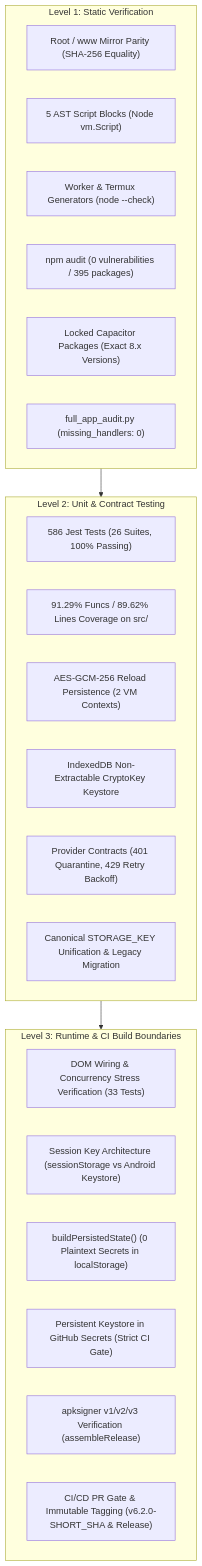
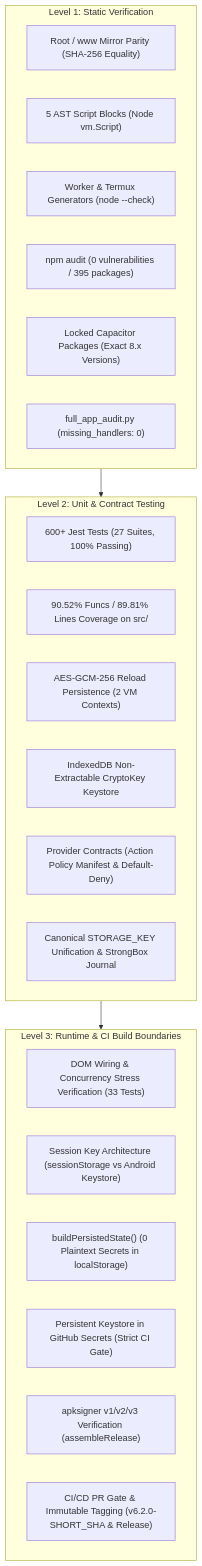
One commit to dicardotr46-max/EG-Nexus-OS changed the first of 2 diagrams in AUDIT_REPORT.md. Above: the diagram before and after it, drawn with Mermaid. The commit also changed other lines of this file and 23 other files, not shown here.

Commit message:
feat(release): v6.2.2 - Action Policy Manifest, StrongBox Crash-Safe Journal, Termux Daemon Validator & OWASP 2026 Traceability

````diff
--- a/AUDIT_REPORT.md
+++ b/AUDIT_REPORT.md
@@ -21,32 +21,32 @@
 ```mermaid
 flowchart TD
     subgraph LEVEL_1["Level 1: Static Verification"]
         PARITY["Root / www Mirror Parity (SHA-256 Equality)"]
         AST["5 AST Script Blocks (Node vm.Script)"]
         TMPL["Worker & Termux Generators (node --check)"]
         NPM["npm audit (0 vulnerabilities / 395 packages)"]
         PINS["Locked Capacitor Packages (Exact 8.x Versions)"]
         PARSER["full_app_audit.py (missing_handlers: 0)"]
     end
 
     subgraph LEVEL_2["Level 2: Unit & Contract Testing"]
-        JEST["586 Jest Tests (26 Suites, 100% Passing)"]
-        COV["91.29% Funcs / 89.62% Lines Coverage on src/"]
+        JEST["600+ Jest Tests (27 Suites, 100% Passing)"]
+        COV["90.52% Funcs / 89.81% Lines Coverage on src/"]
         RELOAD["AES-GCM-256 Reload Persistence (2 VM Contexts)"]
         IDB_KEY["IndexedDB Non-Extractable CryptoKey Keystore"]
-        PROVIDER["Provider Contracts (401 Quarantine, 429 Retry Backoff)"]
-        STORAGE_UNIF["Canonical STORAGE_KEY Unification & Legacy Migration"]
+        PROVIDER["Provider Contracts (Action Policy Manifest & Default-Deny)"]
+        STORAGE_UNIF["Canonical STORAGE_KEY Unification & StrongBox Journal"]
     end
 
     subgraph LEVEL_3["Level 3: Runtime & CI Build Boundaries"]
         DOM_WIRING["DOM Wiring & Concurrency Stress Verification (33 Tests)"]
         SESSION["Session Key Architecture (sessionStorage vs Android Keystore)"]
         STRIP["buildPersistedState() (0 Plaintext Secrets in localStorage)"]
         SECRETS_GATE["Persistent Keystore in GitHub Secrets (Strict CI Gate)"]
         SIGN["apksigner v1/v2/v3 Verification (assembleRelease)"]
         GATE["CI/CD PR Gate & Immutable Tagging (v6.2.0-SHORT_SHA & Release)"]
     end
 
     LEVEL_1 --> LEVEL_2
     LEVEL_2 --> LEVEL_3
 ```
````
